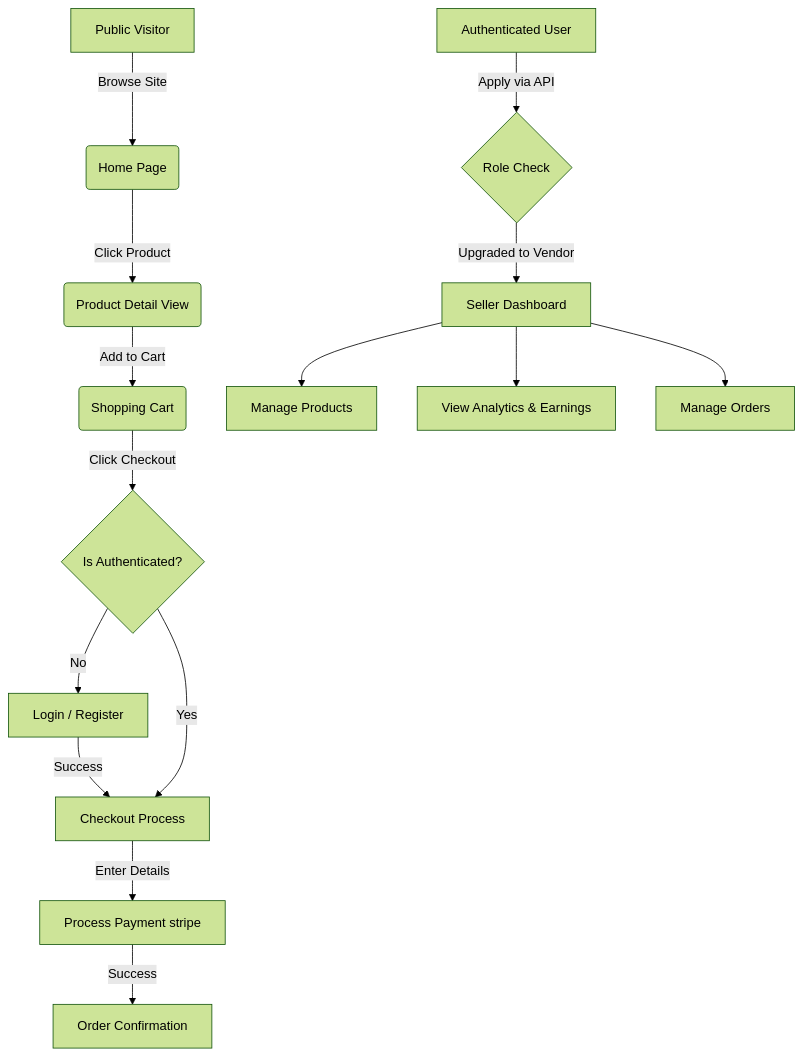
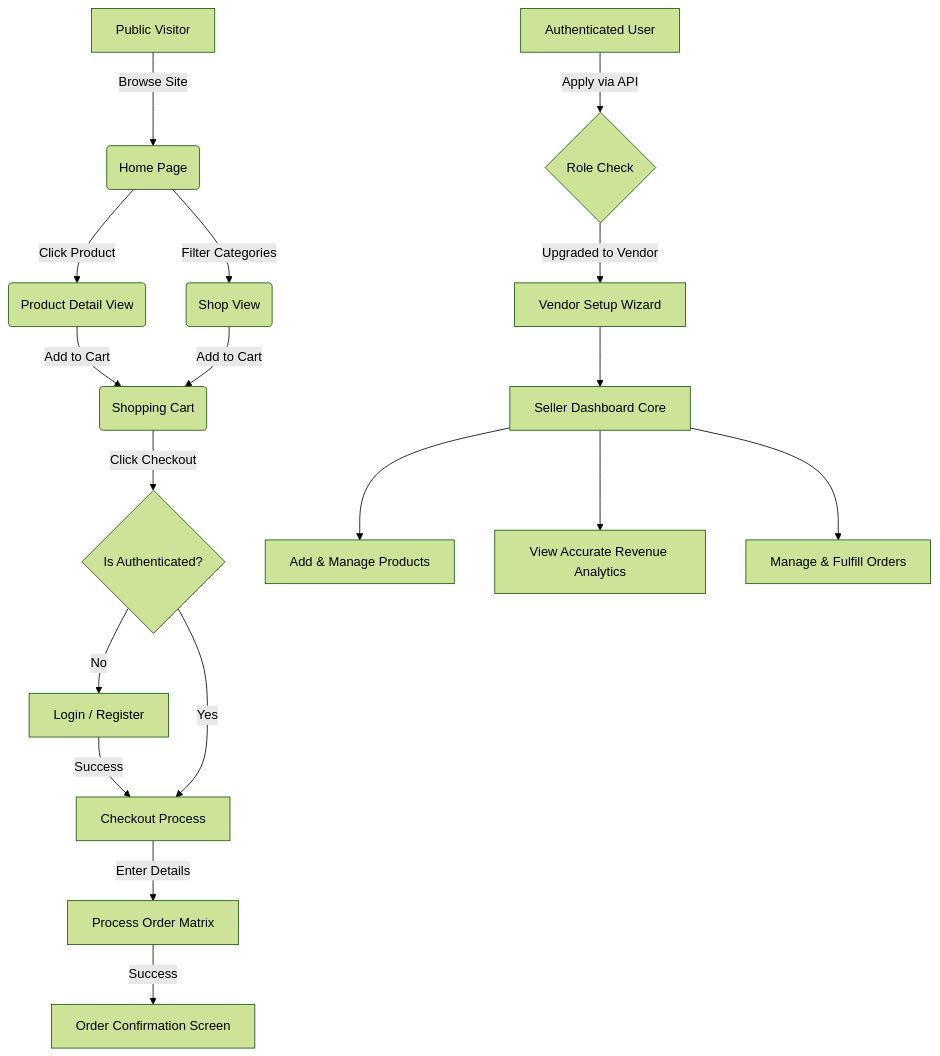
One commit to KiruOP/Artisan-s-Corner changed the second of 2 diagrams in README.md. Above: the diagram before and after it, drawn with Mermaid (forest theme). The commit also changed other lines of this file and 50 other files, not shown here.

````diff
--- a/README.md
+++ b/README.md
@@ -178,20 +193,23 @@
 ```mermaid
 graph TD
     A[Public Visitor] -->|Browse Site| B(Home Page)
     B -->|Click Product| C(Product Detail View)
+    B -->|Filter Categories| S(Shop View)
     C -->|Add to Cart| D(Shopping Cart)
+    S -->|Add to Cart| D
     
     D -->|Click Checkout| E{Is Authenticated?}
     E -->|No| F[Login / Register]
     F -->|Success| G[Checkout Process]
     E -->|Yes| G
     
-    G -->|Enter Details| H[Process Payment stripe]
-    H -->|Success| I[Order Confirmation]
+    G -->|Enter Details| H[Process Order Matrix]
+    H -->|Success| I[Order Confirmation Screen]
     
     J[Authenticated User] -->|Apply via API| K{Role Check}
-    K -->|Upgraded to Vendor| L[Seller Dashboard]
-    L --> M[Manage Products]
-    L --> N[View Analytics & Earnings]
-    L --> O[Manage Orders]
+    K -->|Upgraded to Vendor| L[Vendor Setup Wizard]
+    L --> Z[Seller Dashboard Core]
+    Z --> M[Add & Manage Products]
+    Z --> N[View Accurate Revenue Analytics]
+    Z --> O[Manage & Fulfill Orders]
 ```
````
